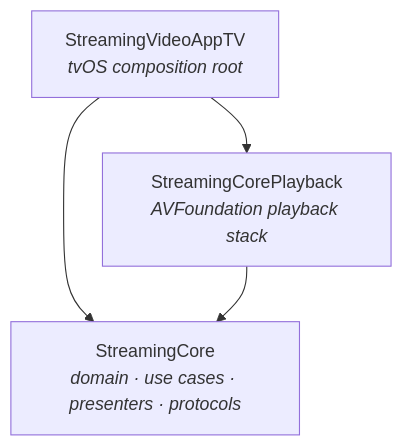
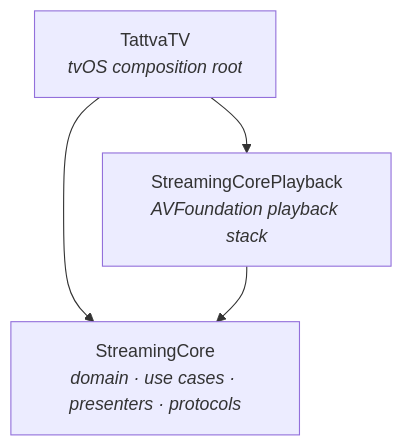
One commit to tattva20/StreamingVideoApp changed the diagram in docs/features/APPLE-TV.md. Above: the diagram before and after it, drawn with Mermaid. The commit also changed other lines of this file and 28 other files, not shown here.

````diff
--- a/docs/features/APPLE-TV.md
+++ b/docs/features/APPLE-TV.md
@@ -21,10 +21,10 @@
 ```mermaid
 flowchart TB
-    tvApp["StreamingVideoAppTV<br/><i>tvOS composition root</i>"]
+    tvApp["TattvaTV<br/><i>tvOS composition root</i>"]
     Playback["StreamingCorePlayback<br/><i>AVFoundation playback stack</i>"]
     Core["StreamingCore<br/><i>domain · use cases · presenters · protocols</i>"]
 
     tvApp --> Playback
     tvApp --> Core
     Playback --> Core
 ```
````
